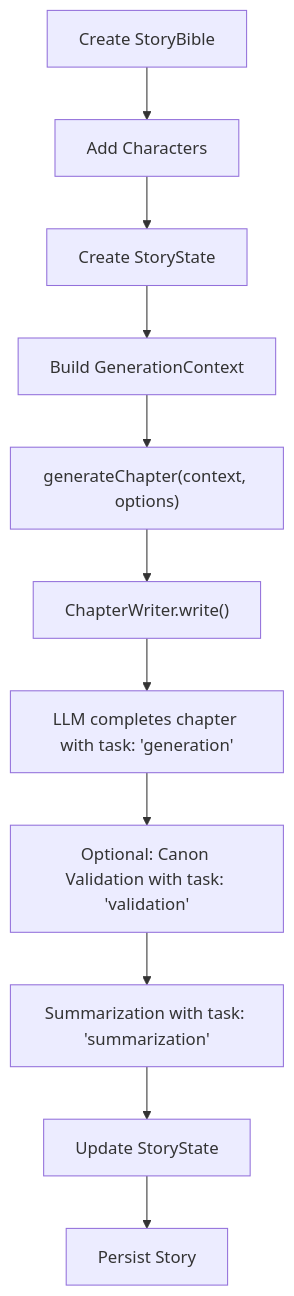
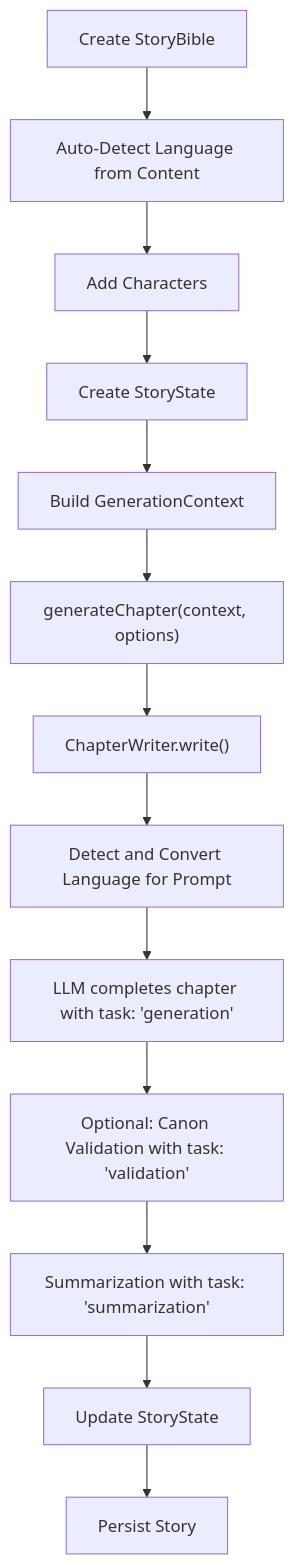
The sixth of 10 diagrams in .qoder/repowiki/en/content/AI Agent System/Writer Agent.md (liwonder/NARRITIVE_OS), drawn with Mermaid before and after one commit. The commit also changed other lines of this file and 10 other files, not shown here.

````diff
--- a/.qoder/repowiki/en/content/AI Agent System/Writer Agent.md
+++ b/.qoder/repowiki/en/content/AI Agent System/Writer Agent.md
@@ -326,13 +360,15 @@
 ```mermaid
 flowchart TD
-A["Create StoryBible"] --> B["Add Characters"]
-B --> C["Create StoryState"]
-C --> D["Build GenerationContext"]
-D --> E["generateChapter(context, options)"]
-E --> F["ChapterWriter.write()"]
-F --> G["LLM completes chapter with task: 'generation'"]
-G --> H["Optional: Canon Validation with task: 'validation'"]
-H --> I["Summarization with task: 'summarization'"]
-I --> J["Update StoryState"]
-J --> K["Persist Story"]
+A["Create StoryBible"] --> B["Auto-Detect Language from Content"]
+B --> C["Add Characters"]
+C --> D["Create StoryState"]
+D --> E["Build GenerationContext"]
+E --> F["generateChapter(context, options)"]
+F --> G["ChapterWriter.write()"]
+G --> H["Detect and Convert Language for Prompt"]
+H --> I["LLM completes chapter with task: 'generation'"]
+I --> J["Optional: Canon Validation with task: 'validation'"]
+J --> K["Summarization with task: 'summarization'"]
+K --> L["Update StoryState"]
+L --> M["Persist Story"]
 ```
````
